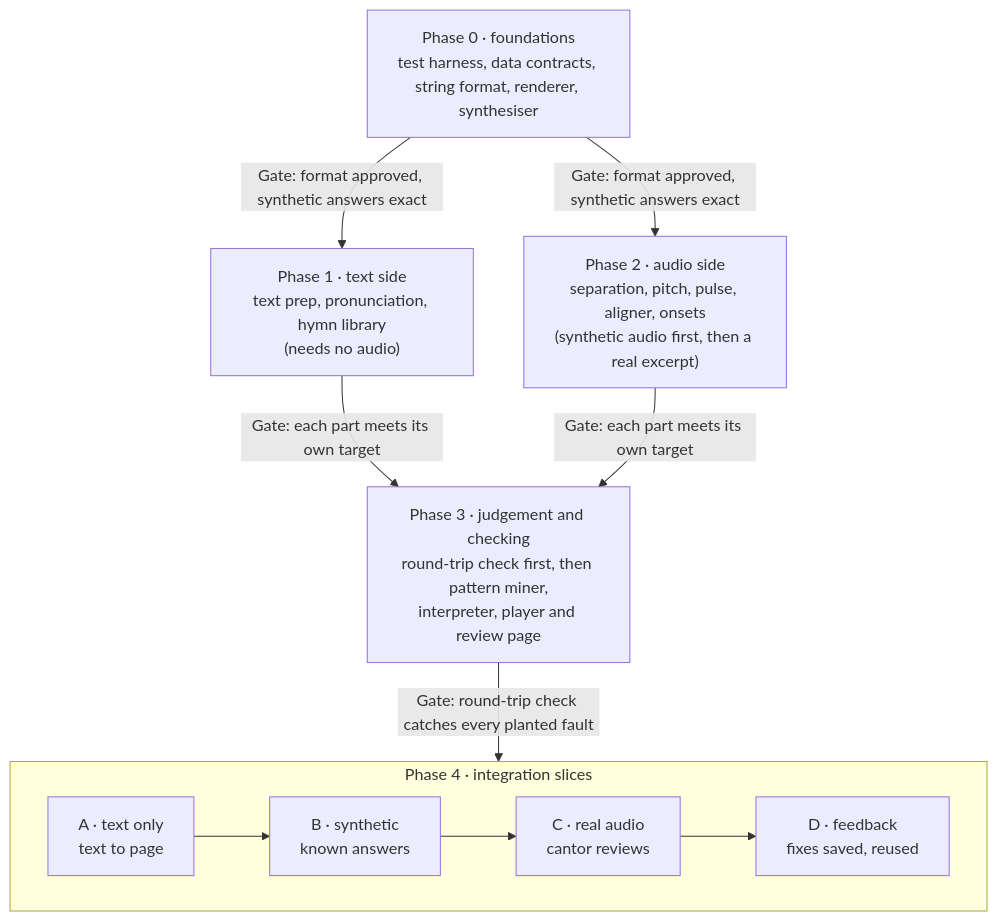
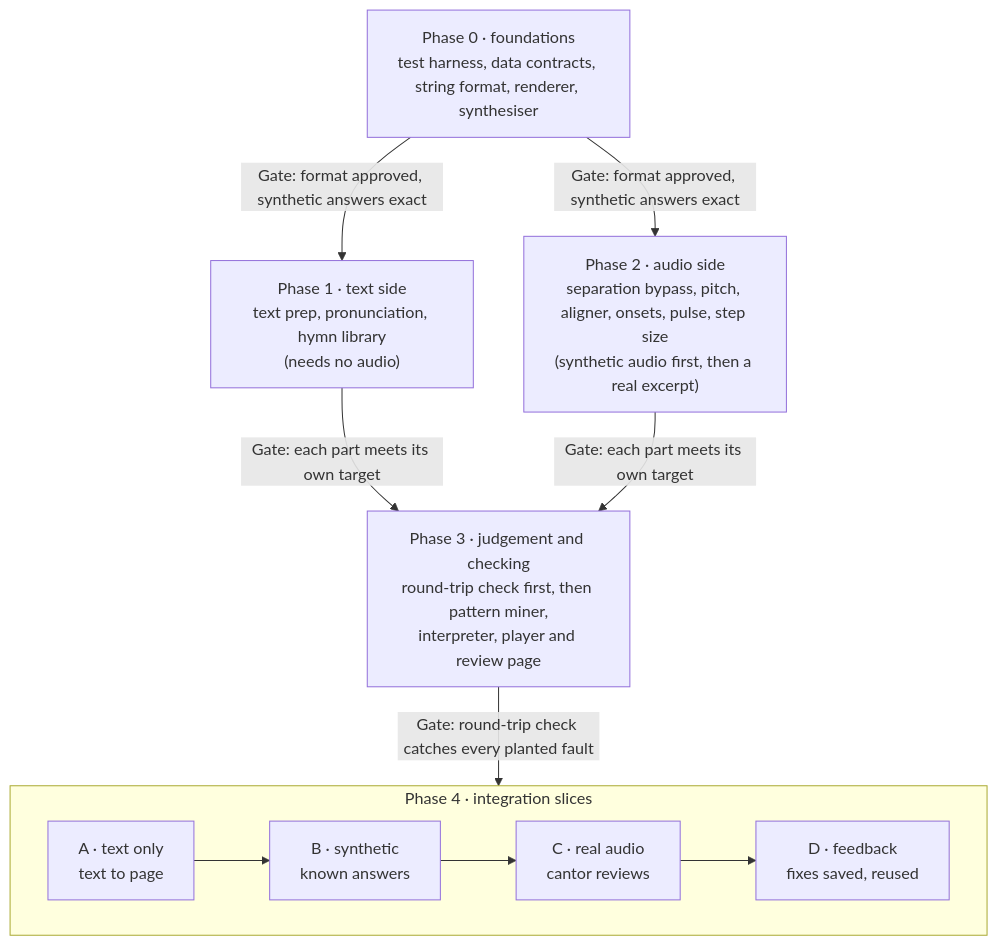
The diagram in PLAN.md (markrofail/coptish-hymns), drawn with Mermaid before and after one commit. The commit also changed other lines of this file and 1 other file, not shown here.

````diff
--- a/PLAN.md
+++ b/PLAN.md
@@ -24,15 +25,15 @@
 ```mermaid
 flowchart TD
   P0["Phase 0 · foundations<br/>test harness, data contracts, string format, renderer, synthesiser"]
   P1["Phase 1 · text side<br/>text prep, pronunciation, hymn library<br/>(needs no audio)"]
-  P2["Phase 2 · audio side<br/>separation, pitch, pulse, aligner, onsets<br/>(synthetic audio first, then a real excerpt)"]
+  P2["Phase 2 · audio side<br/>separation bypass, pitch, aligner, onsets, pulse, step size<br/>(synthetic audio first, then a real excerpt)"]
   P3["Phase 3 · judgement and checking<br/>round-trip check first, then pattern miner,<br/>interpreter, player and review page"]
   subgraph P4["Phase 4 · integration slices"]
     A["A · text only<br/>text to page"] --> B["B · synthetic<br/>known answers"] --> C["C · real audio<br/>cantor reviews"] --> D["D · feedback<br/>fixes saved, reused"]
   end
   P0 -->|"Gate: format approved, synthetic answers exact"| P1
   P0 -->|"Gate: format approved, synthetic answers exact"| P2
   P1 -->|"Gate: each part meets its own target"| P3
   P2 -->|"Gate: each part meets its own target"| P3
   P3 -->|"Gate: round-trip check catches every planted fault"| P4
 ```
````
